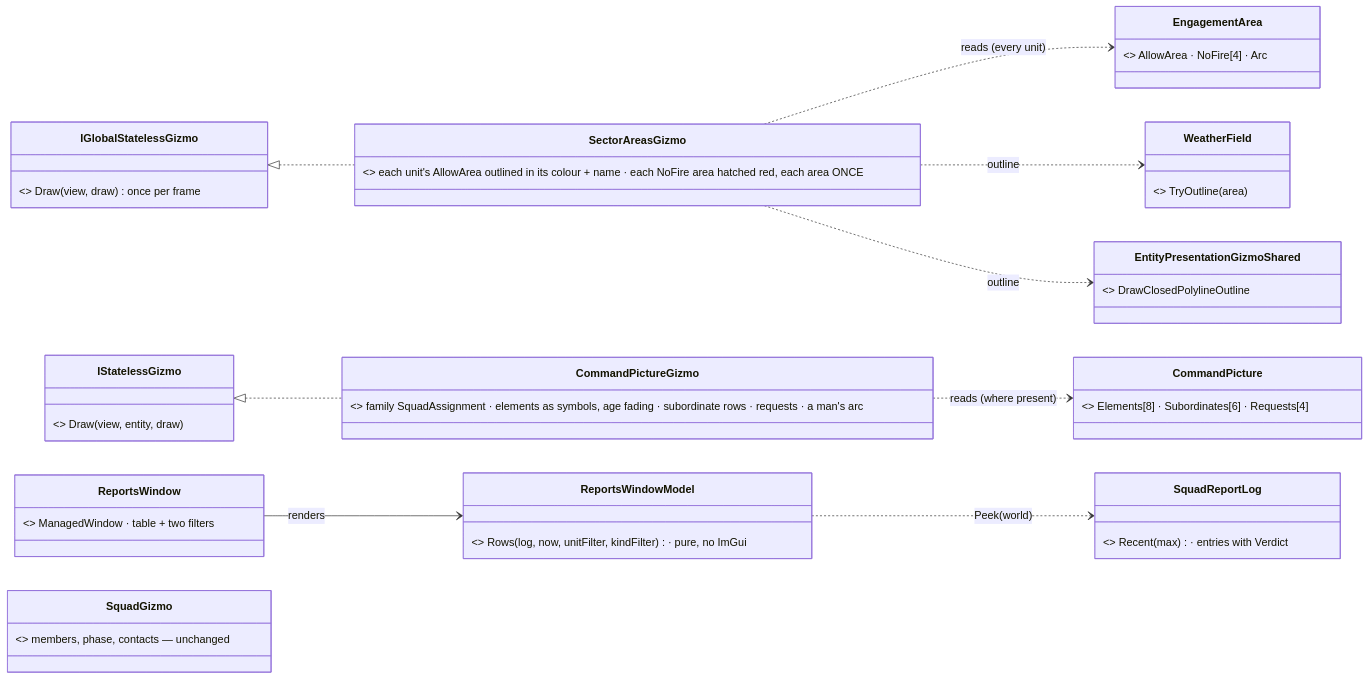
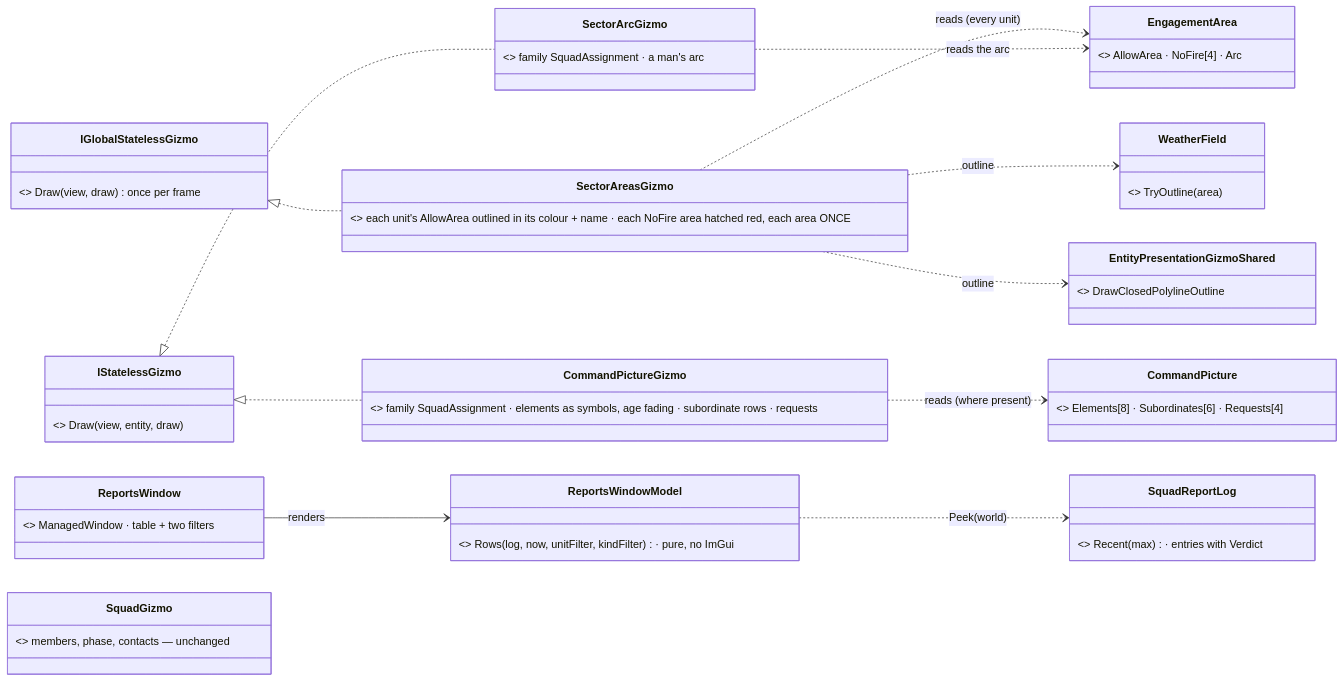
One commit to pjanec/HROT changed the first of 3 diagrams in docs/DESIGN_Command_Display.md. Above: the diagram before and after it, drawn with Mermaid. The commit also changed other lines of this file and 4 other files, not shown here.

First line of the commit message:
feat(ui): UI-5 the map shows the command picture - sectors, NoFire areas, the selected commander's picture, a man's arc

````diff
--- a/docs/DESIGN_Command_Display.md
+++ b/docs/DESIGN_Command_Display.md
@@ -44,24 +44,27 @@
 ```mermaid
 classDiagram
     direction LR
     class IGlobalStatelessGizmo { <<existing>> Draw(view, draw) once per frame }
     class IStatelessGizmo { <<existing>> Draw(view, entity, draw) }
     class SectorAreasGizmo { <<NEW, UI-5a>> each unit's AllowArea outlined in its colour + name · each NoFire area hatched red, each area ONCE }
-    class CommandPictureGizmo { <<NEW, UI-5b>> family SquadAssignment · elements as symbols, age fading · subordinate rows · requests · a man's arc }
+    class CommandPictureGizmo { <<NEW, UI-5b>> family SquadAssignment · elements as symbols, age fading · subordinate rows · requests }
+    class SectorArcGizmo { <<NEW, UI-5b, as built>> family SquadAssignment · a man's arc }
     class ReportsWindowModel { <<NEW, UI-6>> Rows(log, now, unitFilter, kindFilter) · pure, no ImGui }
     class ReportsWindow { <<NEW, UI-6>> ManagedWindow · table + two filters }
     class EngagementArea { <<existing, replicated>> AllowArea · NoFire[4] · Arc }
     class CommandPicture { <<existing, brain-local>> Elements[8] · Subordinates[6] · Requests[4] }
     class SquadReportLog { <<existing, per node>> Recent(max) · entries with Verdict }
     class WeatherField { <<existing>> TryOutline(area) }
     class EntityPresentationGizmoShared { <<existing>> DrawClosedPolylineOutline }
     class SquadGizmo { <<existing>> members, phase, contacts — unchanged }
     IGlobalStatelessGizmo <|.. SectorAreasGizmo
     IStatelessGizmo <|.. CommandPictureGizmo
     SectorAreasGizmo ..> EngagementArea : reads (every unit)
     SectorAreasGizmo ..> WeatherField : outline
     SectorAreasGizmo ..> EntityPresentationGizmoShared : outline
     CommandPictureGizmo ..> CommandPicture : reads (where present)
+    IStatelessGizmo <|.. SectorArcGizmo
+    SectorArcGizmo ..> EngagementArea : reads the arc
     ReportsWindow --> ReportsWindowModel : renders
     ReportsWindowModel ..> SquadReportLog : Peek(world)
 ```
````
